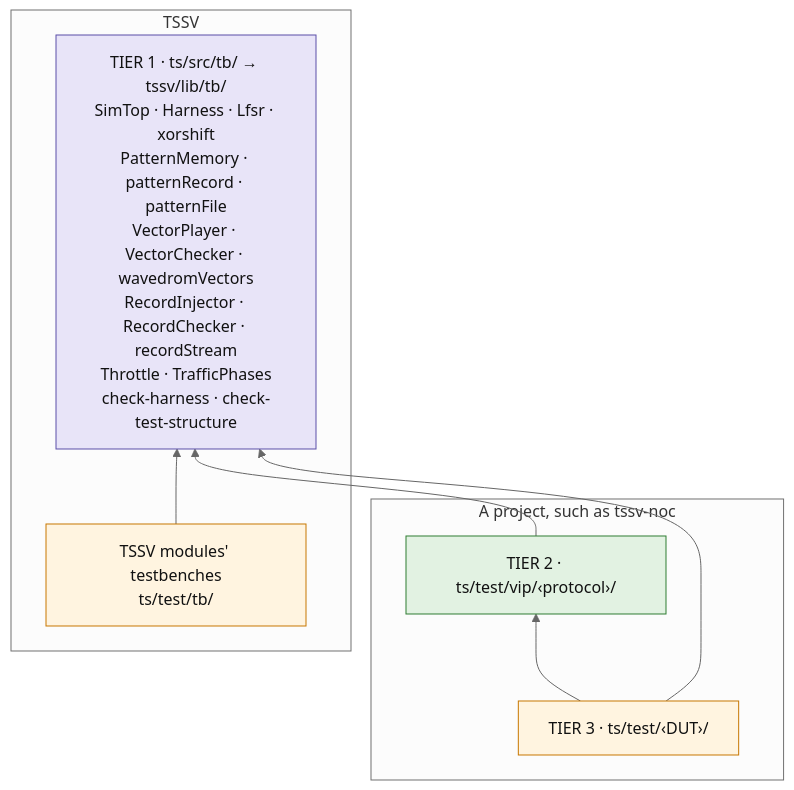
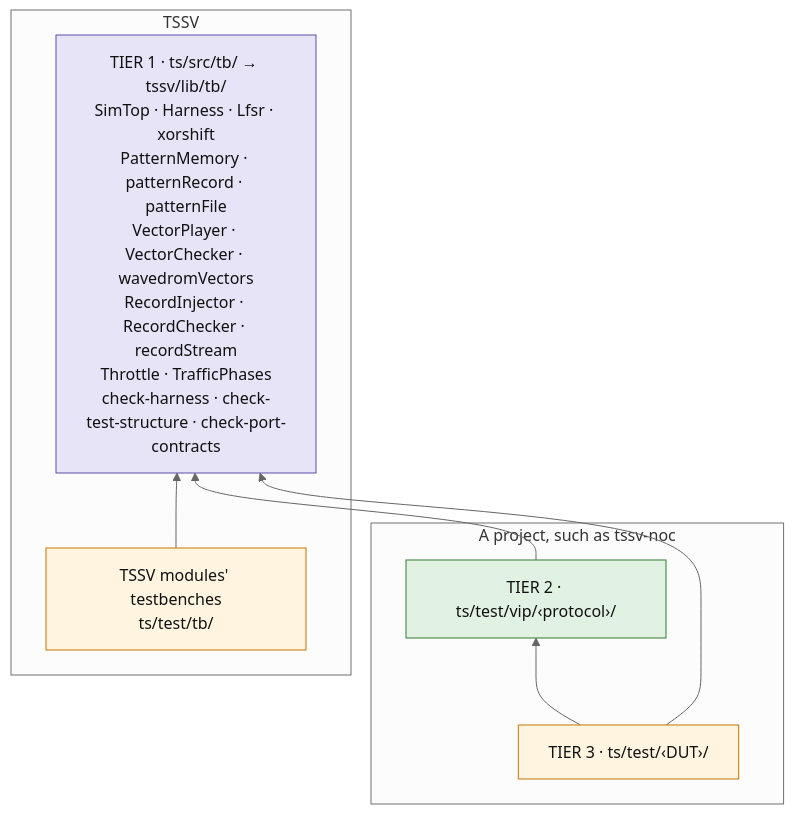
Before and after one commit to TypeScriptSystemVerilog/TSSV: the second of 4 diagrams in doc/framework/testbench.md, drawn with Mermaid (neutral theme). The commit also changed other lines of this file and 3 other files, not shown here.

First line of the commit message:
docs(#201): port contracts and their check

````diff
--- a/doc/framework/testbench.md
+++ b/doc/framework/testbench.md
@@ -119,22 +120,22 @@
 ```mermaid
 flowchart BT
   subgraph TSSV["TSSV"]
-    T1["TIER 1 · ts/src/tb/ → tssv/lib/tb/<br/>SimTop · Harness · Lfsr · xorshift<br/>PatternMemory · patternRecord · patternFile<br/>VectorPlayer · VectorChecker · wavedromVectors<br/>RecordInjector · RecordChecker · recordStream<br/>Throttle · TrafficPhases<br/>check-harness · check-test-structure"]
+    T1["TIER 1 · ts/src/tb/ → tssv/lib/tb/<br/>SimTop · Harness · Lfsr · xorshift<br/>PatternMemory · patternRecord · patternFile<br/>VectorPlayer · VectorChecker · wavedromVectors<br/>RecordInjector · RecordChecker · recordStream<br/>Throttle · TrafficPhases<br/>check-harness · check-test-structure · check-port-contracts"]
     TM["TSSV modules' testbenches<br/>ts/test/tb/"]
   end
   subgraph PRJ["A project, such as tssv-noc"]
     T2["TIER 2 · ts/test/vip/‹protocol›/"]
     T3["TIER 3 · ts/test/‹DUT›/"]
   end
   TM --> T1
   T2 --> T1
   T3 --> T2
   T3 --> T1
 
   classDef t1 fill:#e8e4f8,stroke:#5b4fa8,color:#111
   classDef t2 fill:#e2f2e2,stroke:#2e7d32,color:#111
   classDef t3 fill:#fff4e0,stroke:#c77700,color:#111
   class T1 t1
   class T2 t2
   class T3,TM t3
 ```
````
